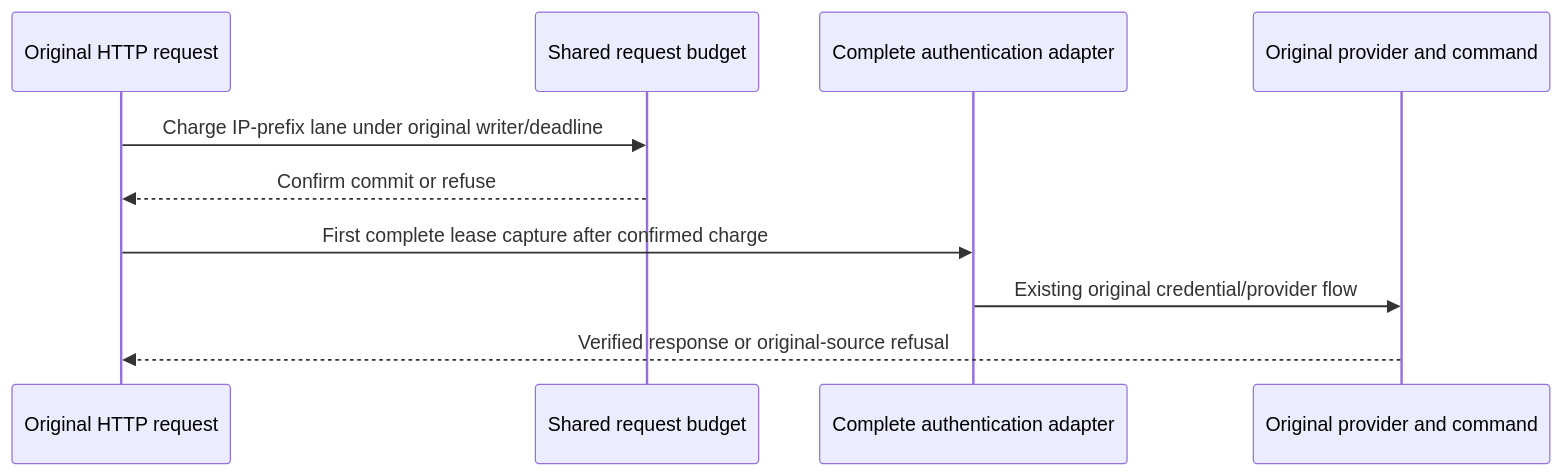
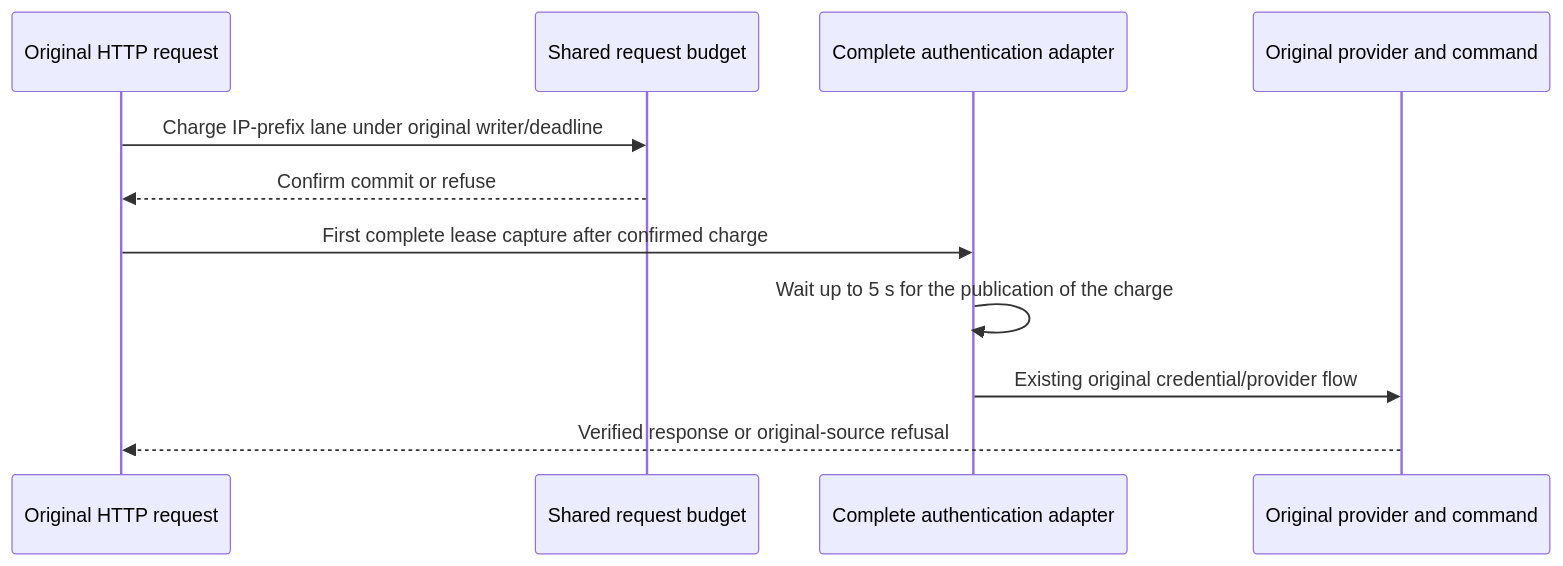
The third of 22 diagrams in docs/architecture/access.md (robertherbaugh/kudurru), drawn with Mermaid before and after one commit. The commit also changed other lines of this file and 8 other files, not shown here.

First line of the commit message:
fix(auth): wait for the publication of a sign-in's own admission charge

````diff
--- a/docs/architecture/access.md
+++ b/docs/architecture/access.md
@@ -161,12 +161,13 @@
 ```mermaid
 sequenceDiagram
     participant R as Original HTTP request
     participant Q as Shared request budget
     participant A as Complete authentication adapter
     participant P as Original provider and command
     R->>Q: Charge IP-prefix lane under original writer/deadline
     Q-->>R: Confirm commit or refuse
     R->>A: First complete lease capture after confirmed charge
+    A->>A: Wait up to 5 s for the publication of the charge
     A->>P: Existing original credential/provider flow
     P-->>R: Verified response or original-source refusal
 ```
````
